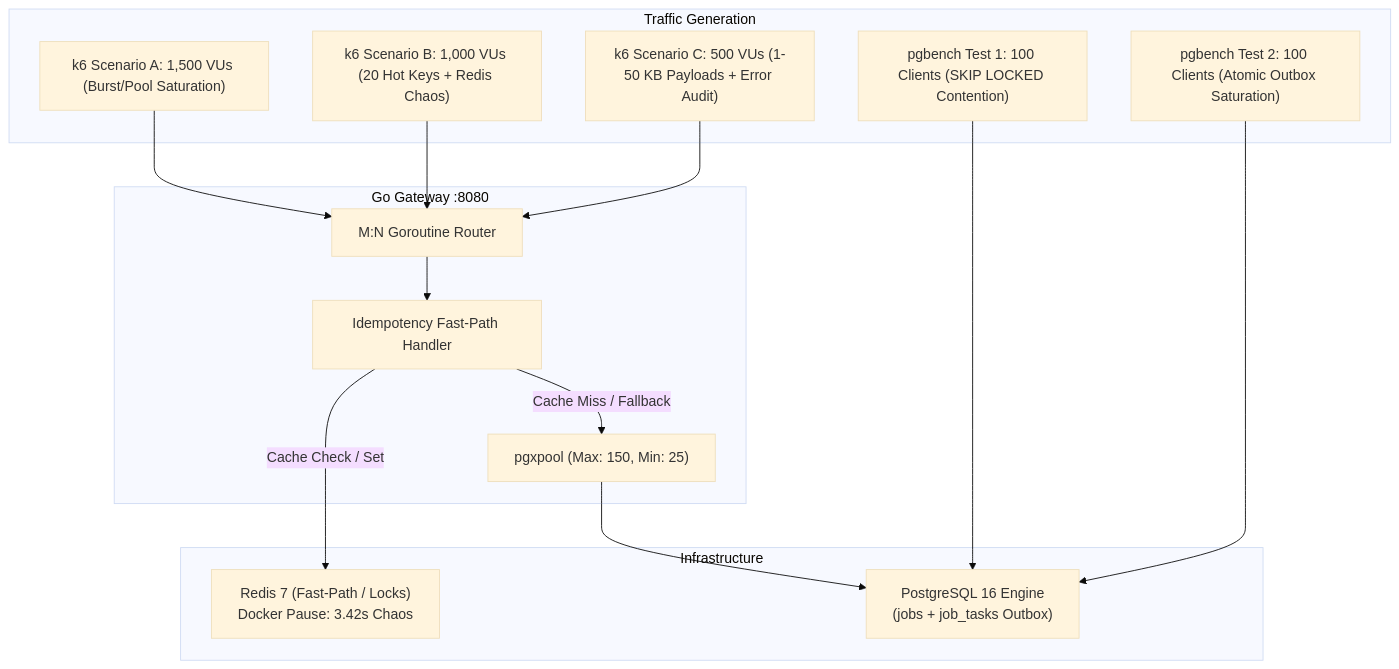
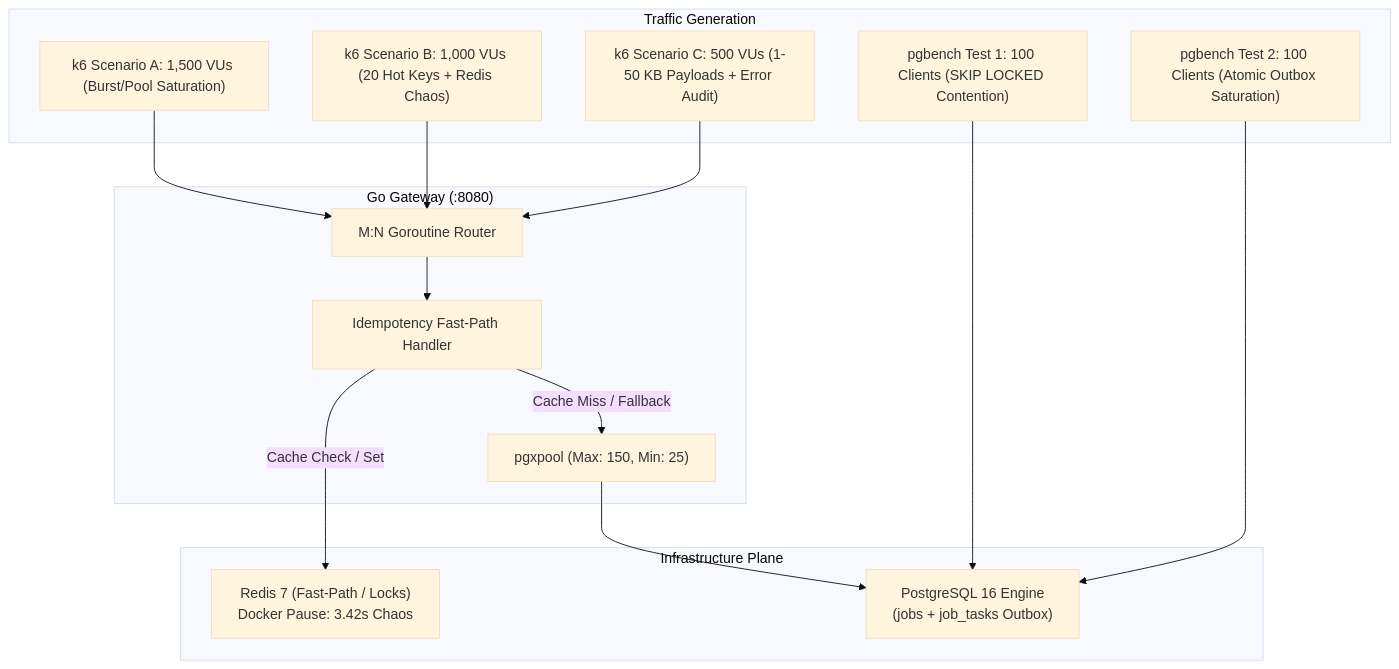
Before and after one commit to mandarborkar2304/Distributed-Transaction-Task-Orchestration-Engine: the diagram in docs/BENCHMARK_RESULTS.md, drawn with Mermaid (base theme). The commit also changed 3 other files, not shown here.

Commit message:
docs: resolve mermaid diagram parsing syntax error and attach live demo links

````diff
--- a/docs/BENCHMARK_RESULTS.md
+++ b/docs/BENCHMARK_RESULTS.md
@@ -182,28 +182,31 @@
 ```mermaid
 flowchart TD
-    subgraph Traffic Generation
+    subgraph TrafficGen ["Traffic Generation"]
         K6A["k6 Scenario A: 1,500 VUs (Burst/Pool Saturation)"]
         K6B["k6 Scenario B: 1,000 VUs (20 Hot Keys + Redis Chaos)"]
         K6C["k6 Scenario C: 500 VUs (1-50 KB Payloads + Error Audit)"]
         PGB1["pgbench Test 1: 100 Clients (SKIP LOCKED Contention)"]
         PGB2["pgbench Test 2: 100 Clients (Atomic Outbox Saturation)"]
     end
 
-    subgraph Go Gateway [Go Gateway :8080]
+    subgraph GoGW ["Go Gateway (:8080)"]
         Router["M:N Goroutine Router"]
         IdemHandler["Idempotency Fast-Path Handler"]
         Pool["pgxpool (Max: 150, Min: 25)"]
     end
 
-    subgraph Infrastructure
+    subgraph InfraPlane ["Infrastructure Plane"]
         Redis["Redis 7 (Fast-Path / Locks)<br/>Docker Pause: 3.42s Chaos"]
         PG["PostgreSQL 16 Engine<br/>(jobs + job_tasks Outbox)"]
     end
 
-    K6A & K6B & K6C --> Router
+    K6A --> Router
+    K6B --> Router
+    K6C --> Router
     Router --> IdemHandler
-    IdemHandler -- "Cache Check / Set" --> Redis
-    IdemHandler -- "Cache Miss / Fallback" --> Pool
+    IdemHandler -->|"Cache Check / Set"| Redis
+    IdemHandler -->|"Cache Miss / Fallback"| Pool
     Pool --> PG
-    PGB1 & PGB2 --> PG
+    PGB1 --> PG
+    PGB2 --> PG
 ```
````
